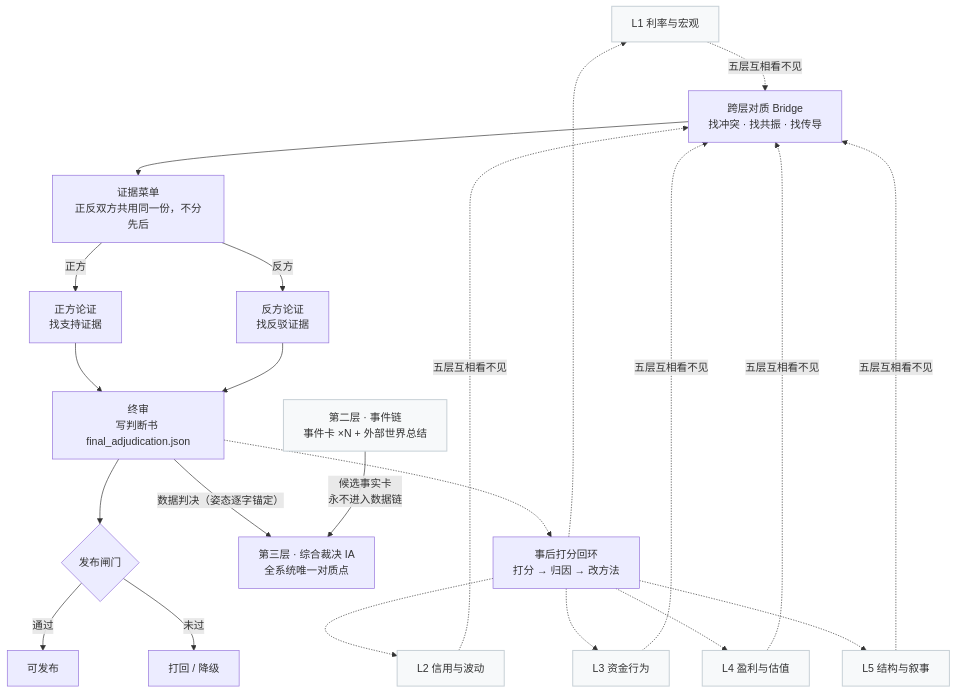
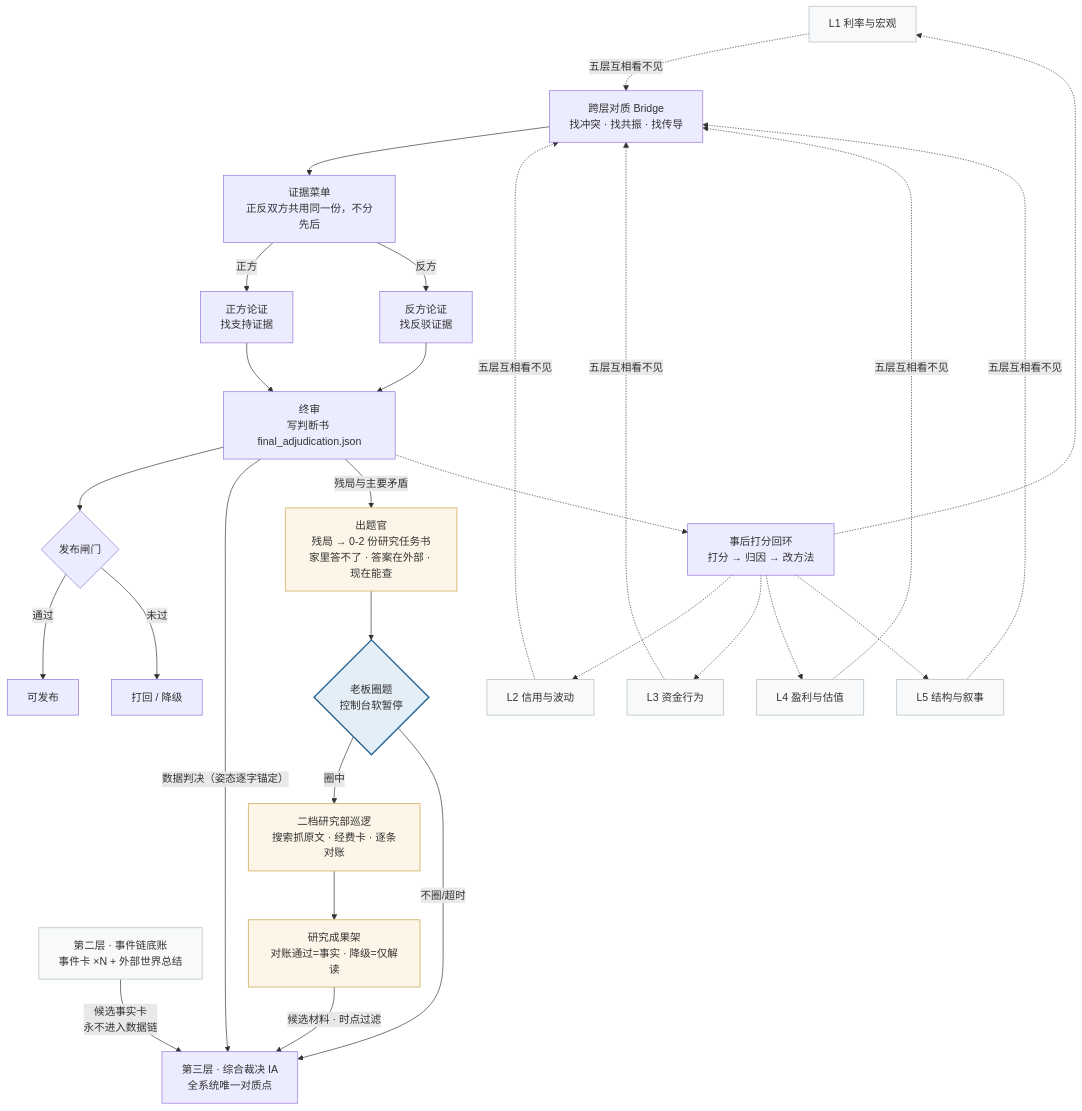
The diagram in 系统说明书.md (aidianchi/NDX_VNEXT), drawn with Mermaid before and after one commit. The commit also changed other lines of this file and 14 other files, not shown here.

Commit message:
feat(T60出题官重构): 废三个内向题源(真实run验证全是家里能答的题),IA前新增独立出题官(残局→0-2份研究任务书,判据=家里答不了+答案在外部+现在能查),数据缺口分流data_gaps,圈题巡逻时序回摆到IA前,成果上研究架(跨run累积+时点过滤)本次裁决即用,控制台任务卡面板,系统说明书校对5处+架构图重绘(时间主干),全量1423绿

````diff
--- a/系统说明书.md
+++ b/系统说明书.md
@@ -19,34 +21,44 @@
 ```mermaid
 flowchart TD
     L1[L1 利率与宏观]:::layer
     L2[L2 信用与波动]:::layer
     L3[L3 资金行为]:::layer
     L4[L4 盈利与估值]:::layer
     L5[L5 结构与叙事]:::layer
 
     L1 & L2 & L3 & L4 & L5 -. 五层互相看不见 .-> Bridge[跨层对质 Bridge<br/>找冲突 · 找共振 · 找传导]
     Bridge --> Menu[证据菜单<br/>正反双方共用同一份，不分先后]
 
     Menu -->|正方| Pros[正方论证<br/>找支持证据]
     Menu -->|反方| Cons[反方论证<br/>找反驳证据]
 
     Pros --> Final[终审<br/>写判断书 final_adjudication.json]
     Cons --> Final
 
     Final --> Gate{发布闸门}
     Gate -->|通过| Publish[可发布]
     Gate -->|未过| Reject[打回 / 降级]
 
-    EC[第二层 · 事件链<br/>事件卡 ×N + 外部世界总结]:::layer
+    EC[第二层 · 事件链底账<br/>事件卡 ×N + 外部世界总结]:::layer
     Final -->|数据判决（姿态逐字锚定）| IA[第三层 · 综合裁决 IA<br/>全系统唯一对质点]
     EC -->|候选事实卡<br/>永不进入数据链| IA
+
+    Composer[出题官<br/>残局 → 0-2 份研究任务书<br/>家里答不了 · 答案在外部 · 现在能查]:::event2
+    Final -->|残局与主要矛盾| Composer
+    Composer --> Boss{老板圈题<br/>控制台软暂停}:::boss
+    Boss -->|圈中| Patrol[二档研究部巡逻<br/>搜索抓原文 · 经费卡 · 逐条对账]:::event2
+    Boss -->|不圈/超时| IA
+    Patrol --> Shelf[研究成果架<br/>对账通过=事实 · 降级=仅解读]:::event2
+    Shelf -->|候选材料 · 时点过滤| IA
 
     Final -.-> ScoreLoop[事后打分回环<br/>打分 → 归因 → 改方法]
     ScoreLoop -.-> L1
     ScoreLoop -.-> L2
     ScoreLoop -.-> L3
     ScoreLoop -.-> L4
     ScoreLoop -.-> L5
 
     classDef layer fill:#f7f9fa,stroke:#c7d0d6,stroke-width:1.5px
+    classDef event2 fill:#fdf6e8,stroke:#d9bd7b,stroke-width:1.5px
+    classDef boss fill:#e3eef7,stroke:#215f8f,stroke-width:2px
 ```
````
